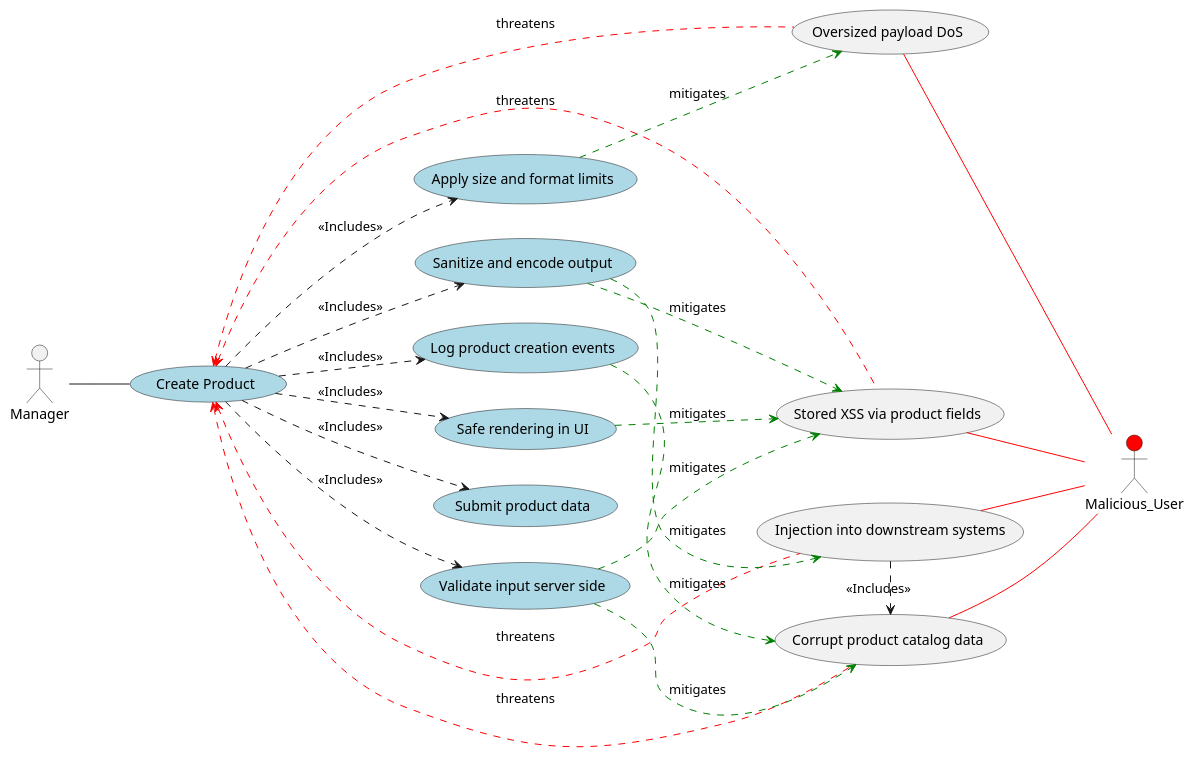
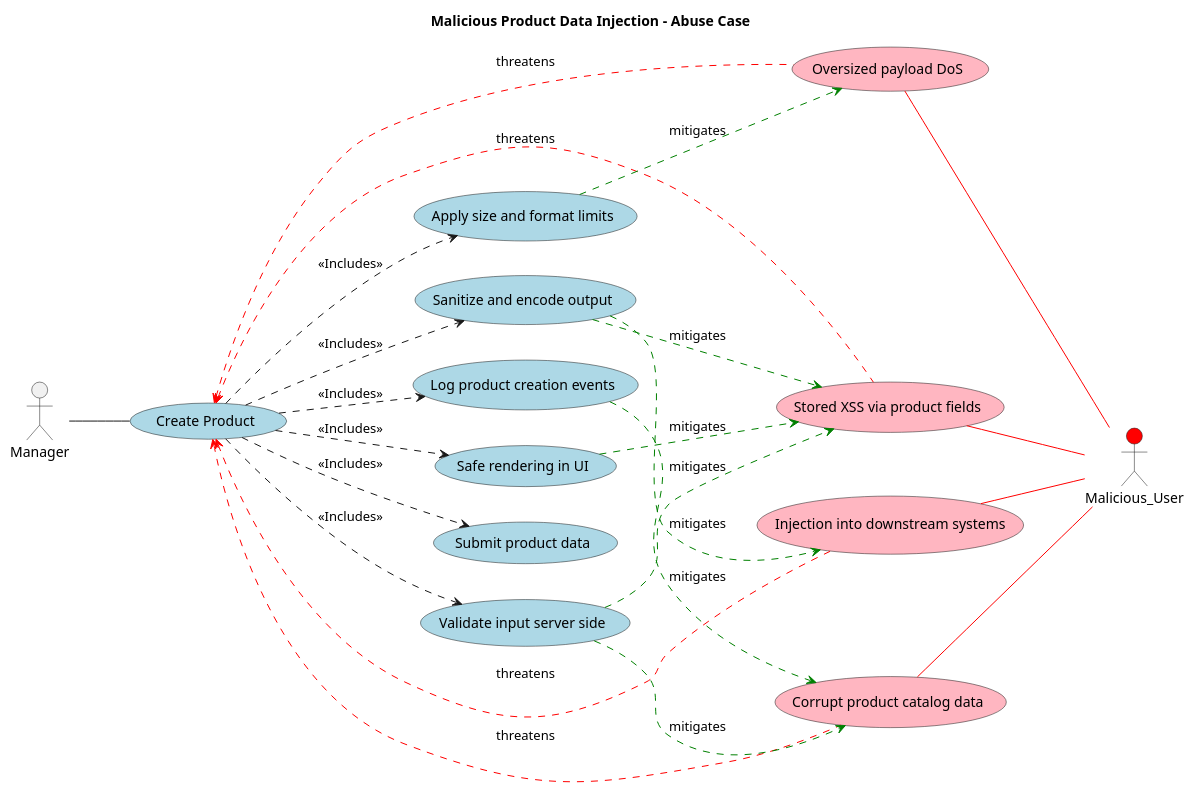
Before and after one commit to mei-desofs/desofs2026-thu_crr_1: the diagram in docs/abuse-cases/marco1250685/malicious-data.puml, drawn with PlantUML. The commit also changed 1 other file, not shown here.

Commit message:
docs: improve abuse cases (#59)

```diff
--- a/docs/abuse-cases/marco1250685/malicious-data.puml
+++ b/docs/abuse-cases/marco1250685/malicious-data.puml
@@ -1,59 +1,63 @@
 @startuml Malicious_Product_Data_Injection
 
 left to right direction
 
-together{
-actor Manager
+title Malicious Product Data Injection - Abuse Case
+
+together {
+    actor Manager
 }
 
-together{
+together {
     (Create Product) as A1 #LightBlue
     (Submit product data) as A2 #LightBlue
     (Validate input server side) as A3 #LightBlue
     (Sanitize and encode output) as A4 #LightBlue
     (Apply size and format limits) as A5 #LightBlue
     (Log product creation events) as A6 #LightBlue
     (Safe rendering in UI) as A7 #LightBlue
 }
 
-together{
-    (Stored XSS via product fields) as AT1
-    (Corrupt product catalog data) as AT2
-    (Injection into downstream systems) as AT3
-    (Oversized payload DoS) as AT4
+together {
+    (Stored XSS via product fields) as AT1 #LightPink
+    (Corrupt product catalog data) as AT2 #LightPink
+    (Injection into downstream systems) as AT3 #LightPink
+    (Oversized payload DoS) as AT4 #LightPink
 }
 
-together{
-actor Malicious_User #red
+together {
+    actor Malicious_User #red
 }
 
+' === Legitimate flow ===
 Manager -- A1
 
+A1 ..> A2 : <<Includes>>
+A1 .> A3  : <<Includes>>
+A1 .> A4  : <<Includes>>
+A1 .> A5  : <<Includes>>
+A1 .> A6  : <<Includes>>
+A1 .> A7  : <<Includes>>
+
+' === Threats from Malicious User ===
 Malicious_User -up[#red]- AT1
 Malicious_User -up[#red]- AT2
 Malicious_User -up[#red]- AT3
 Malicious_User -up[#red]- AT4
 
-AT3 .right.> AT2 : <<Includes>>
-
+' === Threatens relationships (removed incorrect AT3 includes AT2) ===
 AT1 -[#red,dashed]up--> A1 : threatens
 AT2 -[#red,dashed]up--> A1 : threatens
 AT3 -[#red,dashed]up--> A1 : threatens
 AT4 -[#red,dashed]up--> A1 : threatens
 
+' === Mitigates relationships (unchanged - they were already correct) ===
 A3 -[#green,dashed]-> AT1 : mitigates
 A3 -[#green,dashed]-> AT2 : mitigates
 A4 -[#green,dashed]-> AT1 : mitigates
 A4 -[#green,dashed]-> AT3 : mitigates
 A5 -[#green,dashed]-> AT4 : mitigates
 A6 -[#green,dashed]-> AT2 : mitigates
 A7 -[#green,dashed]-> AT1 : mitigates
 
-A1 ..> A2 : <<Includes>>
-A1 .> A3 : <<Includes>>
-A1 .> A4 : <<Includes>>
-A1 .> A5 : <<Includes>>
-A1 .> A6 : <<Includes>>
-A1 .> A7 : <<Includes>>
-
 @enduml
```
